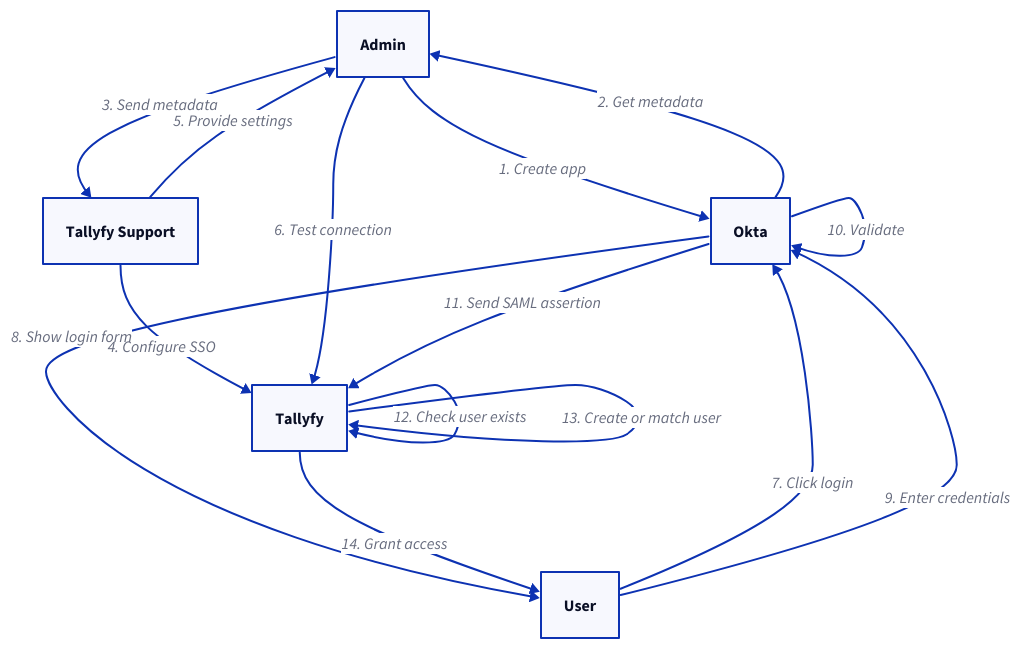
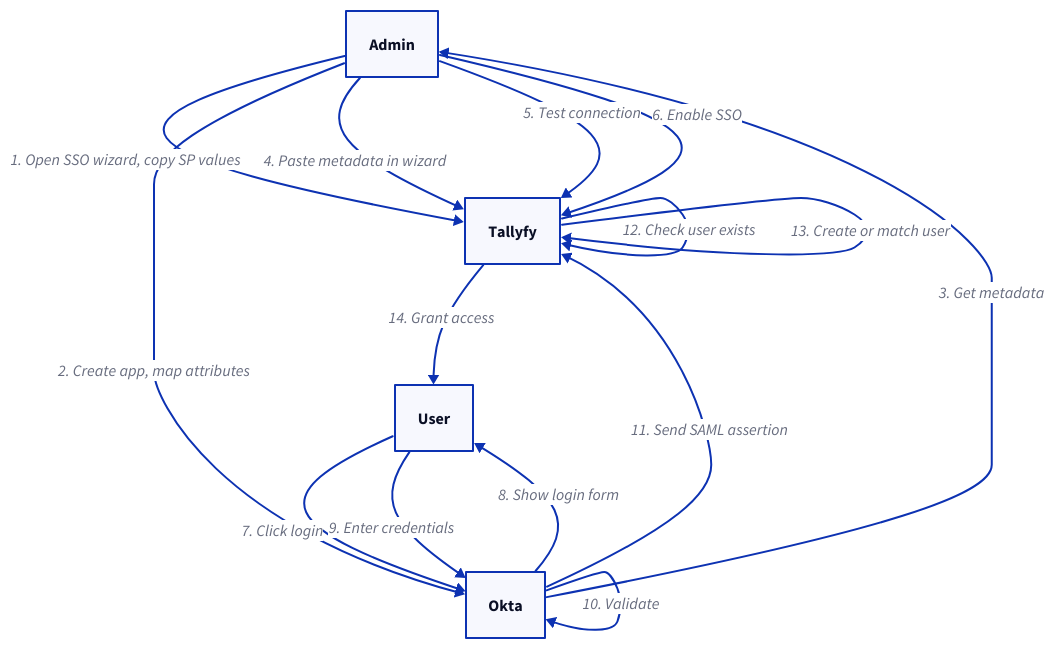
One commit to tallyfy/documentation changed the diagram in src/content/docs/pro/integrations/authentication/how-to-integrate-okta-samlsso-with-tallyfy.mdx. Above: the diagram before and after it, drawn with D2. The commit also changed other lines of this file and 8 other files, not shown here.

````diff
--- a/src/content/docs/pro/integrations/authentication/how-to-integrate-okta-samlsso-with-tallyfy.mdx
+++ b/src/content/docs/pro/integrations/authentication/how-to-integrate-okta-samlsso-with-tallyfy.mdx
@@ -165,25 +167,24 @@
 ```d2
 Admin: Admin
 Okta: Okta
-Support: Tallyfy Support
 Tallyfy: Tallyfy
 User: User
 
 # Setup Phase
-Admin -> Okta: 1. Create app
-Okta -> Admin: 2. Get metadata
-Admin -> Support: 3. Send metadata
-Support -> Tallyfy: 4. Configure SSO
-Support -> Admin: 5. Provide settings
-Admin -> Tallyfy: 6. Test connection
+Admin -> Tallyfy: 1. Open SSO wizard, copy SP values
+Admin -> Okta: 2. Create app, map attributes
+Okta -> Admin: 3. Get metadata
+Admin -> Tallyfy: 4. Paste metadata in wizard
+Admin -> Tallyfy: 5. Test connection
+Admin -> Tallyfy: 6. Enable SSO
 
 # Authentication Phase
 User -> Okta: 7. Click login
 Okta -> User: 8. Show login form
 User -> Okta: 9. Enter credentials
 Okta -> Okta: 10. Validate
 Okta -> Tallyfy: 11. Send SAML assertion
 Tallyfy -> Tallyfy: 12. Check user exists
 Tallyfy -> Tallyfy: 13. Create or match user
 Tallyfy -> User: 14. Grant access
 ```
````
